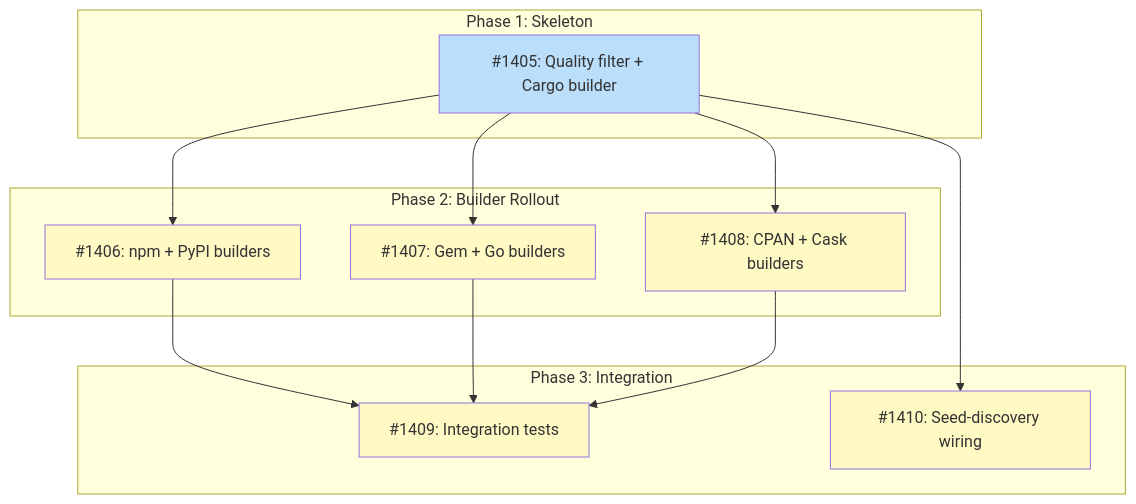
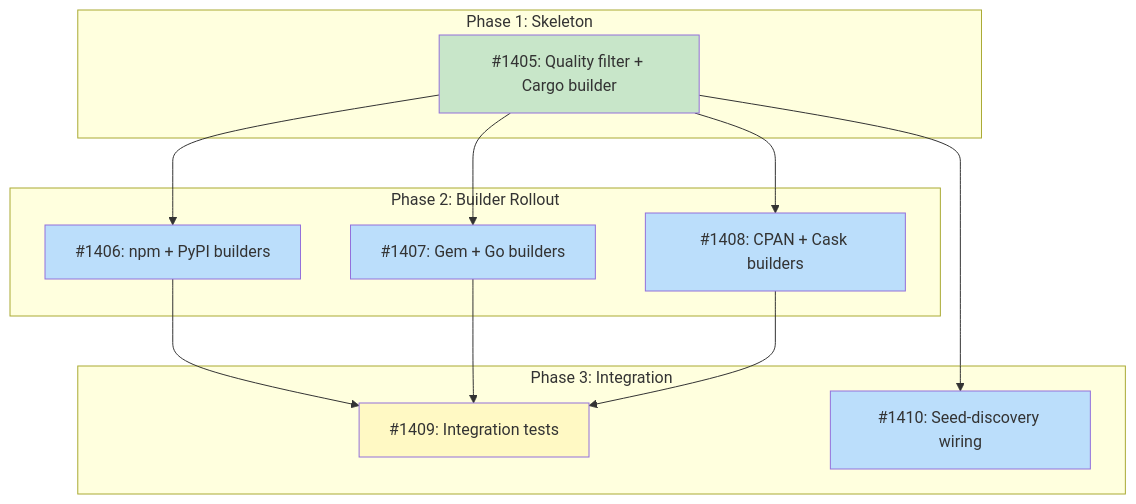
One commit to tsukumogami/tsuku changed the diagram in docs/designs/DESIGN-probe-quality-filtering.md. Above: the diagram before and after it, drawn with Mermaid. The commit also changed other lines of this file and 14 other files, not shown here.

````diff
--- a/docs/designs/DESIGN-probe-quality-filtering.md
+++ b/docs/designs/DESIGN-probe-quality-filtering.md
@@ -38,33 +38,34 @@
 ```mermaid
 graph TD
     subgraph Phase1["Phase 1: Skeleton"]
         I1405["#1405: Quality filter + Cargo builder"]
     end
 
     subgraph Phase2["Phase 2: Builder Rollout"]
         I1406["#1406: npm + PyPI builders"]
         I1407["#1407: Gem + Go builders"]
         I1408["#1408: CPAN + Cask builders"]
     end
 
     subgraph Phase3["Phase 3: Integration"]
         I1409["#1409: Integration tests"]
         I1410["#1410: Seed-discovery wiring"]
     end
 
     I1405 --> I1406
     I1405 --> I1407
     I1405 --> I1408
     I1406 --> I1409
     I1407 --> I1409
     I1408 --> I1409
     I1405 --> I1410
 
     classDef done fill:#c8e6c9
     classDef ready fill:#bbdefb
     classDef blocked fill:#fff9c4
     classDef needsDesign fill:#e1bee7
 
-    class I1405 ready
-    class I1406,I1407,I1408,I1409,I1410 blocked
+    class I1405 done
+    class I1406,I1407,I1408,I1410 ready
+    class I1409 blocked
 ```
````
